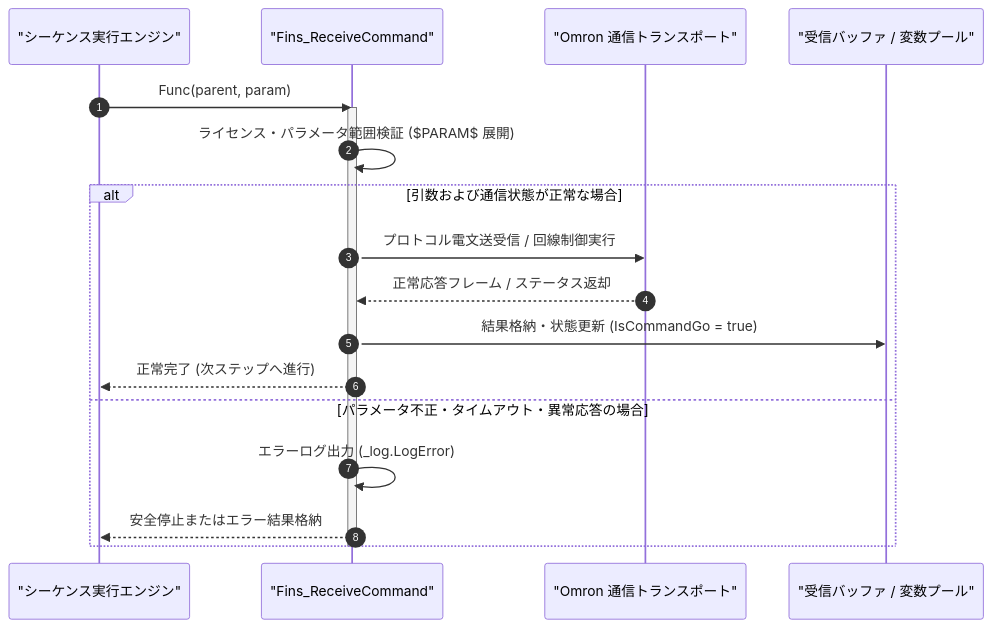
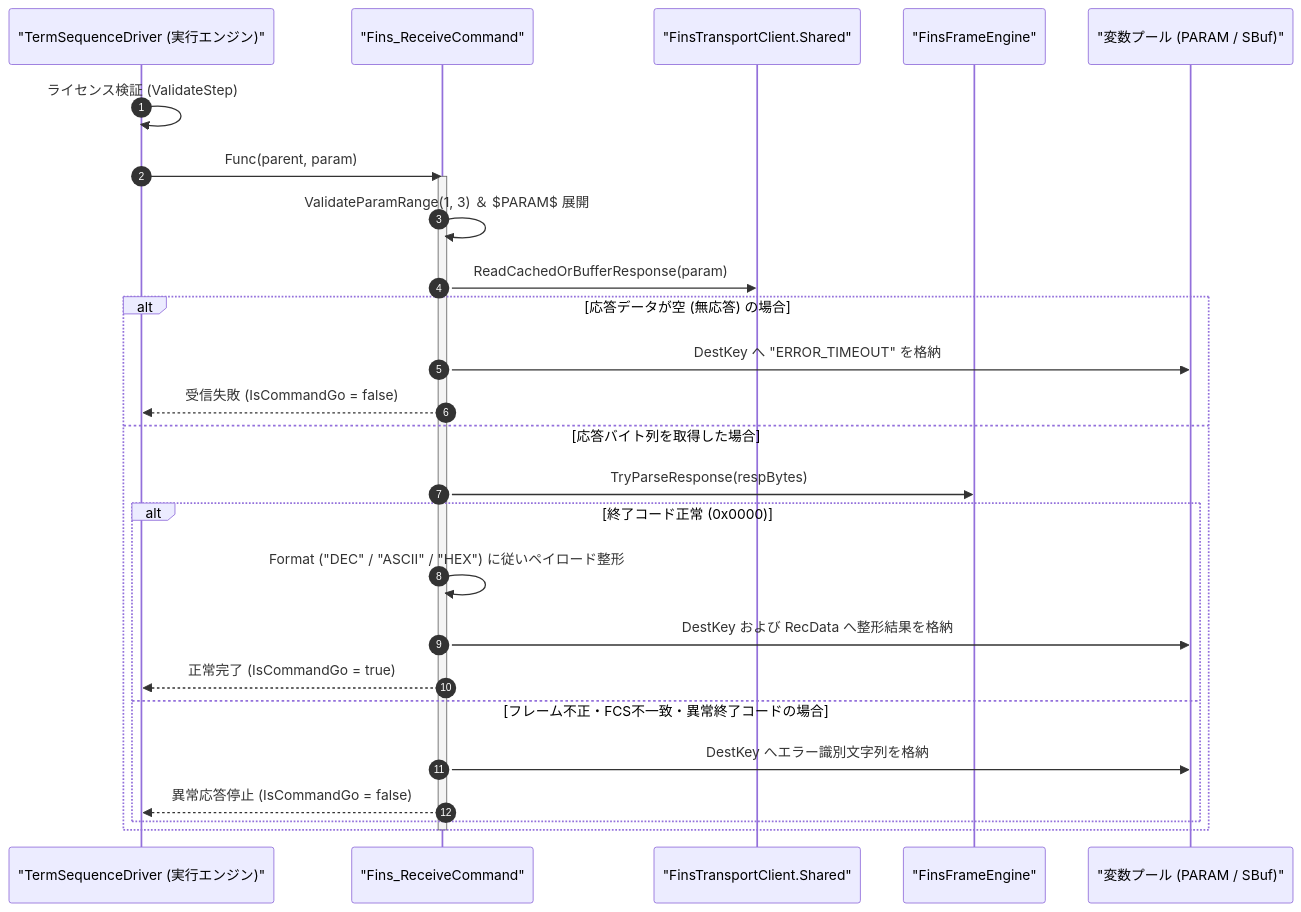
One commit to Monaca-App/TermAddIn changed the diagram in Manual/Omron/Fins_Receive.Md. Above: the diagram before and after it, drawn with Mermaid. The commit also changed other lines of this file and 157 other files, not shown here.

````diff
--- a/Manual/Omron/Fins_Receive.Md
+++ b/Manual/Omron/Fins_Receive.Md
@@ -64,22 +71,30 @@
 ```mermaid
 sequenceDiagram
     autonumber
-    participant Script as "シーケンス実行エンジン"
+    participant Driver as "TermSequenceDriver (実行エンジン)"
     participant Cmd as "Fins_ReceiveCommand"
-    participant Trans as "Omron 通信トランスポート"
-    participant Buf as "受信バッファ / 変数プール"
+    participant Trans as "FinsTransportClient.Shared"
+    participant Engine as "FinsFrameEngine"
+    participant Buf as "変数プール (PARAM / SBuf)"
 
-    Script->>Cmd: Func(parent, param)
+    Driver->>Driver: ライセンス検証 (ValidateStep)
+    Driver->>Cmd: Func(parent, param)
     activate Cmd
-    Cmd->>Cmd: ライセンス・パラメータ範囲検証 ($PARAM$ 展開)
-    alt 引数および通信状態が正常な場合
-        Cmd->>Trans: プロトコル電文送受信 / 回線制御実行
-        Trans-->>Cmd: 正常応答フレーム / ステータス返却
-        Cmd->>Buf: 結果格納・状態更新 (IsCommandGo = true)
-        Cmd-->>Script: 正常完了 (次ステップへ進行)
-    else パラメータ不正・タイムアウト・異常応答の場合
-        Cmd->>Cmd: エラーログ出力 (_log.LogError)
-        Cmd-->>Script: 安全停止またはエラー結果格納
+    Cmd->>Cmd: ValidateParamRange(1, 3) ＆ $PARAM$ 展開
+    Cmd->>Trans: ReadCachedOrBufferResponse(param)
+    alt 応答データが空 (無応答) の場合
+        Cmd->>Buf: DestKey へ "ERROR_TIMEOUT" を格納
+        Cmd-->>Driver: 受信失敗 (IsCommandGo = false)
+    else 応答バイト列を取得した場合
+        Cmd->>Engine: TryParseResponse(respBytes)
+        alt 終了コード正常 (0x0000)
+            Cmd->>Cmd: Format ("DEC" / "ASCII" / "HEX") に従いペイロード整形
+            Cmd->>Buf: DestKey および RecData へ整形結果を格納
+            Cmd-->>Driver: 正常完了 (IsCommandGo = true)
+        else フレーム不正・FCS不一致・異常終了コードの場合
+            Cmd->>Buf: DestKey へエラー識別文字列を格納
+            Cmd-->>Driver: 異常応答停止 (IsCommandGo = false)
+        end
     end
     deactivate Cmd
 ```
````
